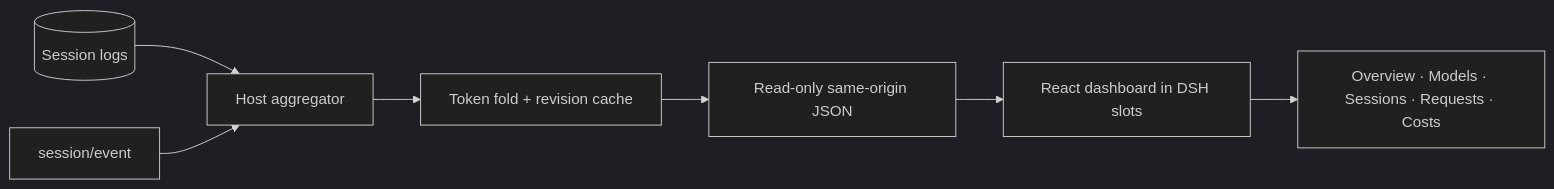
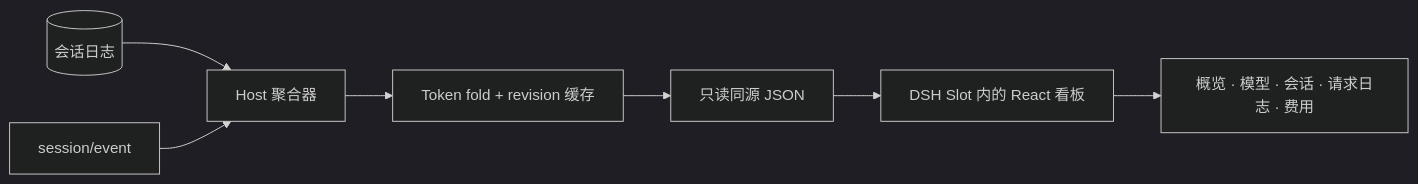
The diagram in README.md (shi-YangYang/dsh-token-dashboard), drawn with Mermaid (dark theme) before and after one commit. The commit also changed other lines of this file and 1 other file, not shown here.

````diff
--- a/README.md
+++ b/README.md
@@ -96,9 +98,9 @@
 ```mermaid
 flowchart LR
-  Logs[(Session logs)] --> Host[Host aggregator]
+  Logs[(会话日志)] --> Host[Host 聚合器]
   Live[session/event] --> Host
-  Host --> Fold[Token fold + revision cache]
-  Fold --> Routes[Read-only same-origin JSON]
-  Routes --> Client[React dashboard in DSH slots]
-  Client --> Views[Overview · Models · Sessions · Requests · Costs]
+  Host --> Fold[Token fold + revision 缓存]
+  Fold --> Routes[只读同源 JSON]
+  Routes --> Client[DSH Slot 内的 React 看板]
+  Client --> Views[概览 · 模型 · 会话 · 请求日志 · 费用]
 ```
````
